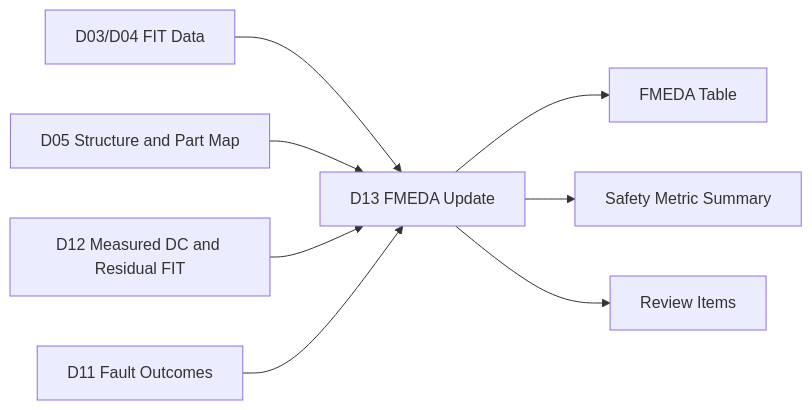
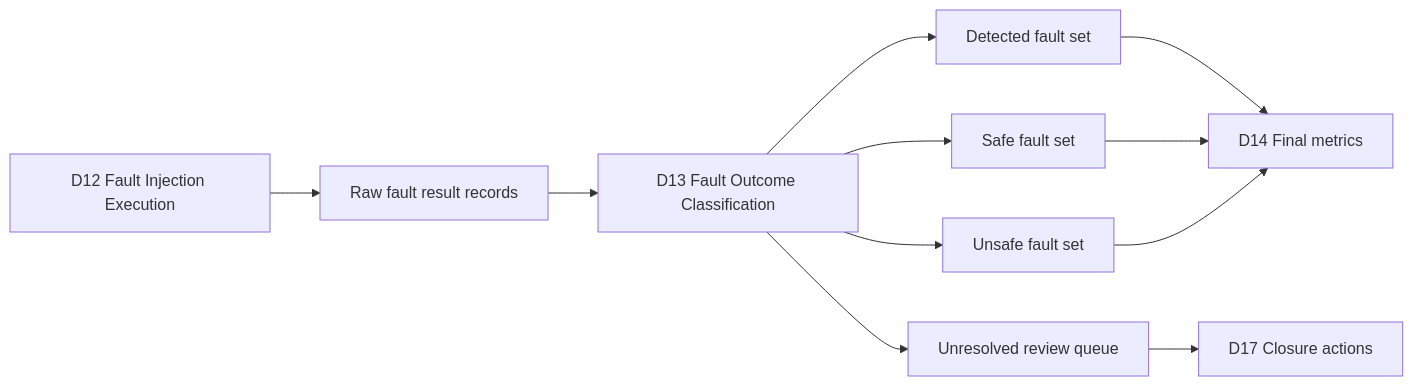
Before and after one commit to qiqixixi1001/automotive-safeic-practice: the first of 10 diagrams in articles/13_automotive_safeic_practice_d13_github_en_fmeda_update.md, drawn with Mermaid. The commit also changed other lines of this file, not shown here.

````diff
--- a/articles/13_automotive_safeic_practice_d13_github_en_fmeda_update.md
+++ b/articles/13_automotive_safeic_practice_d13_github_en_fmeda_update.md
@@ -79,10 +28,13 @@
 ```mermaid
 flowchart LR
-    A[D03/D04 FIT Data] --> D[D13 FMEDA Update]
-    B[D05 Structure and Part Map] --> D
-    C[D12 Measured DC and Residual FIT] --> D
-    E[D11 Fault Outcomes] --> D
-    D --> F[FMEDA Table]
-    D --> G[Safety Metric Summary]
-    D --> H[Review Items]
+    A[D12 Fault Injection Execution] --> B[Raw fault result records]
+    B --> C[D13 Fault Outcome Classification]
+    C --> D[Detected fault set]
+    C --> E[Safe fault set]
+    C --> F[Unsafe fault set]
+    C --> G[Unresolved review queue]
+    D --> H[D14 Final metrics]
+    E --> H
+    F --> H
+    G --> I[D17 Closure actions]
 ```
````
